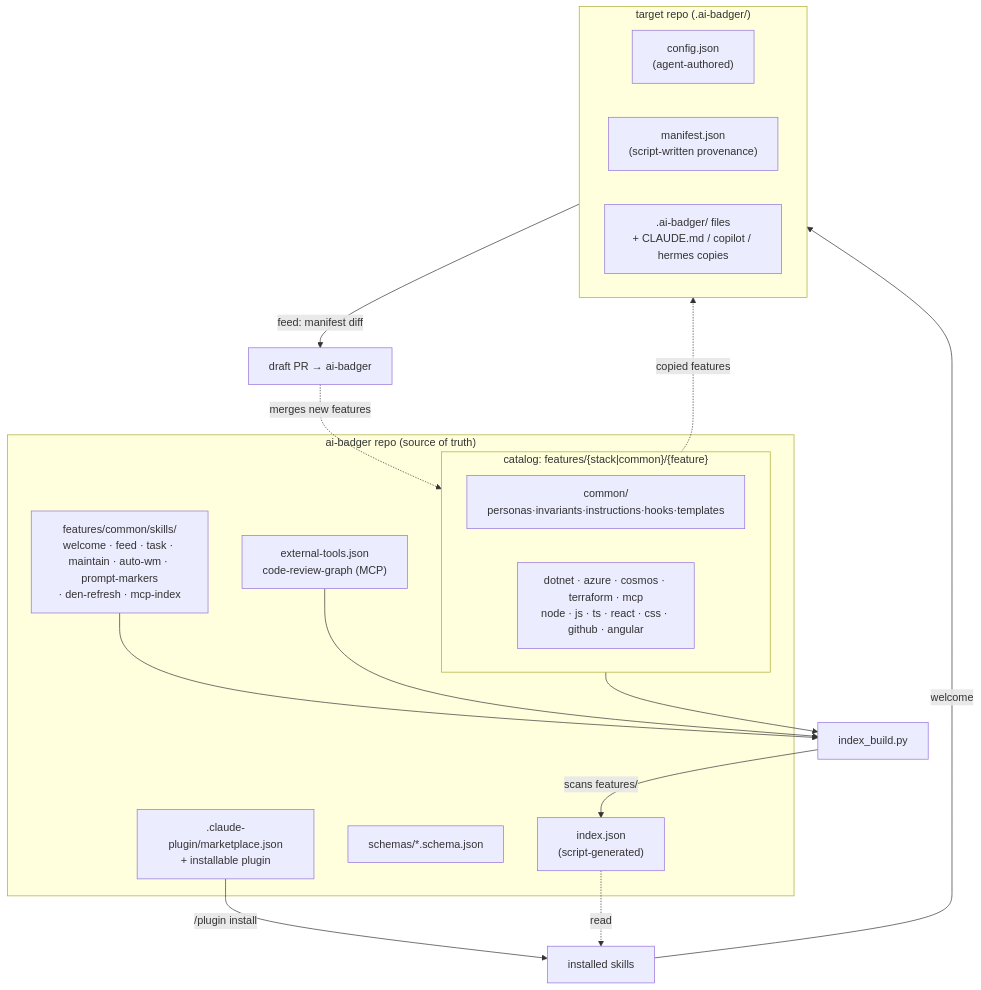
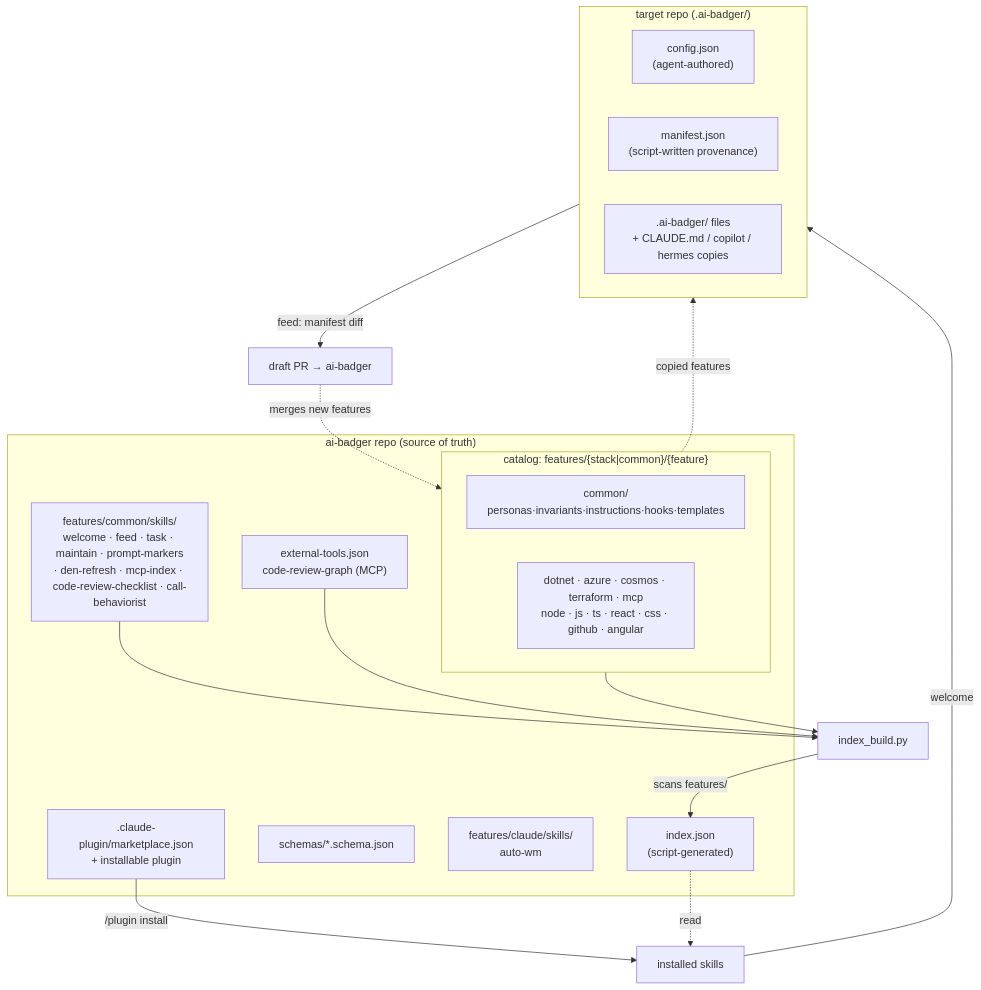
The diagram in README.md (Arasz/ai-badger), drawn with Mermaid before and after one commit. The commit also changed other lines of this file and 1 other file, not shown here.

First line of the commit message:
docs: README and architecture match the catalog

````diff
--- a/README.md
+++ b/README.md
@@ -166,29 +172,30 @@
 ```mermaid
 flowchart TB
   subgraph FW["ai-badger repo (source of truth)"]
     IDX["index.json\n(script-generated)"]
     SCH["schemas/*.schema.json"]
     subgraph CAT["catalog: features/{stack|common}/{feature}"]
       COMMON["common/\npersonas·invariants·instructions·hooks·templates"]
       STACKS["dotnet · azure · cosmos · terraform · mcp\nnode · js · ts · react · css · github · angular"]
     end
-    SKILLSDIR["features/common/skills/\nwelcome · feed · task · maintain · auto-wm · prompt-markers\n· den-refresh · mcp-index"]
+    SKILLSDIR["features/common/skills/\nwelcome · feed · task · maintain · prompt-markers\n· den-refresh · mcp-index · code-review-checklist · call-behaviorist"]
+    CLAUDESKILLS["features/claude/skills/\nauto-wm"]
     EXTOOLS["external-tools.json\ncode-review-graph (MCP)"]
     MKT[".claude-plugin/marketplace.json\n+ installable plugin"]
   end
   IDXbuild["index_build.py"] -->|scans features/| IDX
   CAT --> IDXbuild
   SKILLSDIR --> IDXbuild
   EXTOOLS --> IDXbuild
   MKT -->|/plugin install| SKILLS["installed skills"]
   IDX -. read .-> SKILLS
   CAT -. copied features .-> PROJ
   subgraph PROJ["target repo (.ai-badger/)"]
     CFG["config.json\n(agent-authored)"]
     MAN["manifest.json\n(script-written provenance)"]
     OUT[".ai-badger/ files\n+ CLAUDE.md / copilot / hermes copies"]
   end
   SKILLS -->|welcome| PROJ
   PROJ -->|feed: manifest diff| PRD["draft PR → ai-badger"]
   PRD -. merges new features .-> CAT
 ```
````
